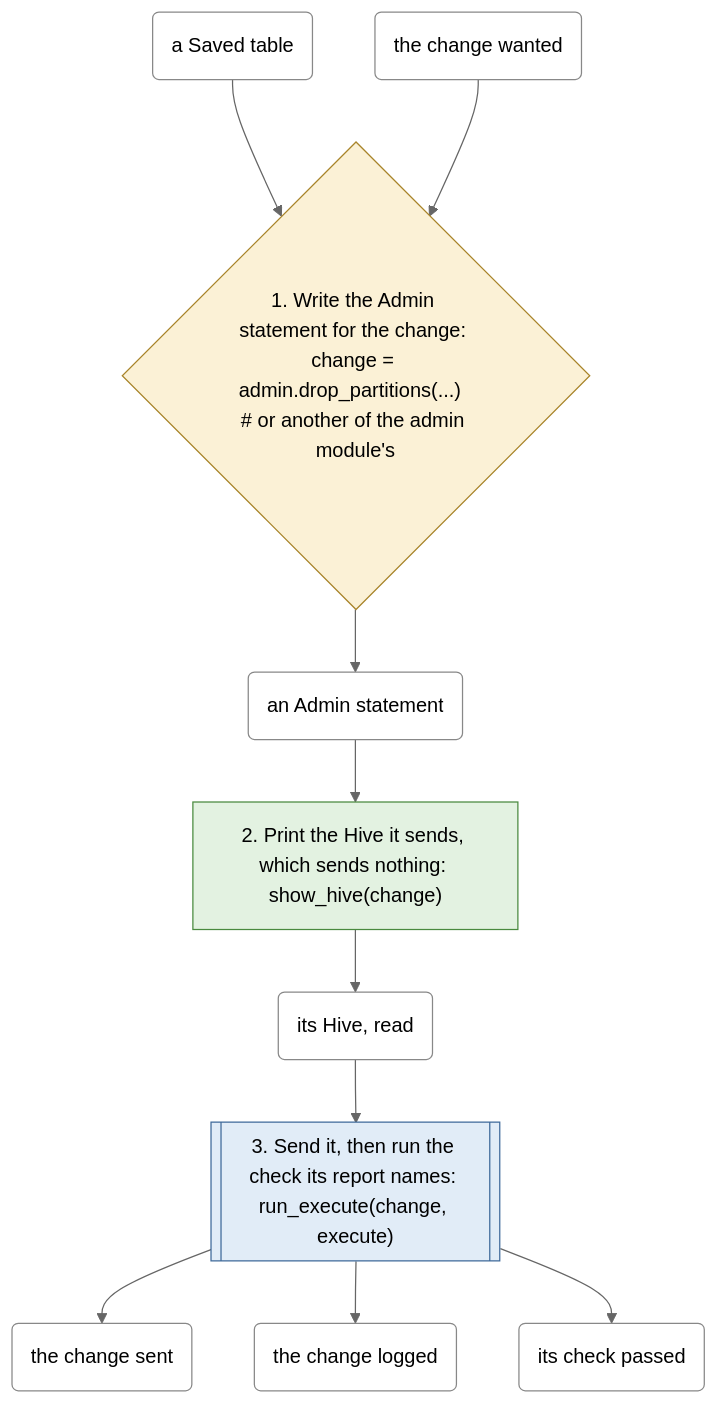
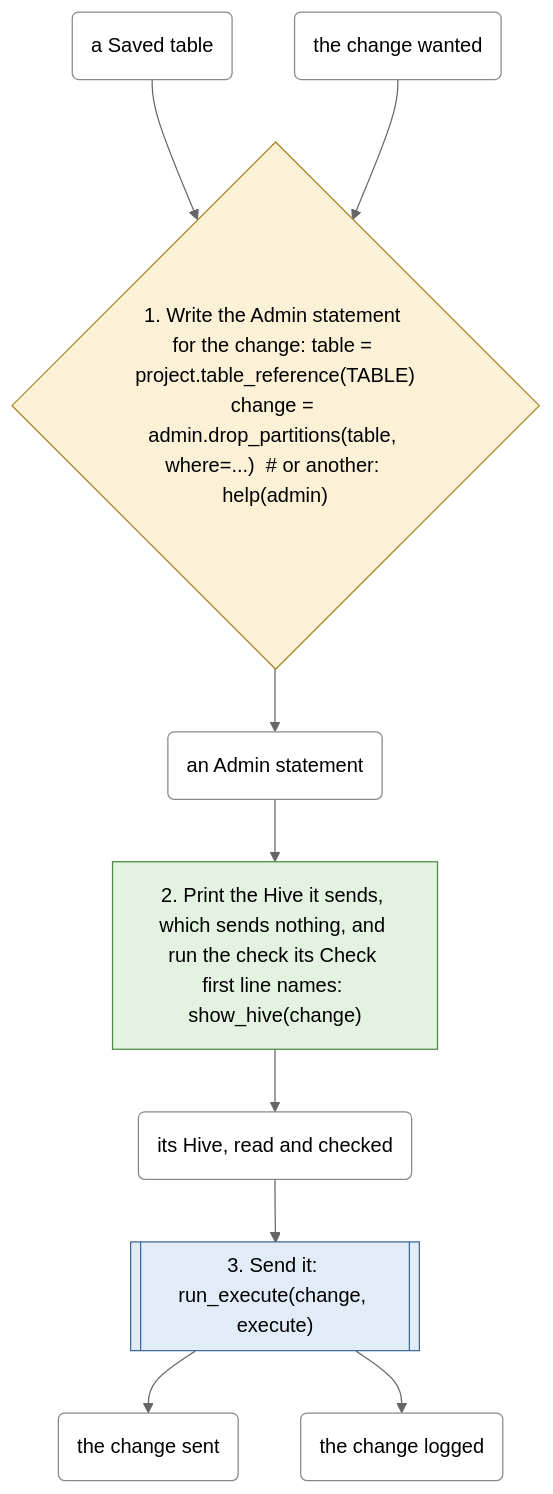
The sixth of 6 diagrams in docs/workflows.md (EdgyPage/SQL-Composer), drawn with Mermaid (neutral theme) before and after one commit. The commit also changed other lines of this file and 16 other files, not shown here.

````diff
--- a/docs/workflows.md
+++ b/docs/workflows.md
@@ -284,37 +284,35 @@
 ```mermaid
 flowchart TD
-    s0{"1. Write the Admin statement for the change: change = admin.drop_partitions(...)  #35; or another of the admin module's"}
+    s0{"1. Write the Admin statement for the change: table = project.table_reference(TABLE)
+change = admin.drop_partitions(table, where=...)  #35; or another: help(admin)"}
     class s0 decision
     t0 --> s0
     t1 --> s0
     s0 --> t2
-    s1["2. Print the Hive it sends, which sends nothing: show_hive(change)"]
+    s1["2. Print the Hive it sends, which sends nothing, and run the check its Check first line names: show_hive(change)"]
     class s1 file
     t2 --> s1
     s1 --> t3
-    s2[["3. Send it, then run the check its report names: run_execute(change, execute)"]]
+    s2[["3. Send it: run_execute(change, execute)"]]
     class s2 permission
     t3 --> s2
     s2 --> t4
     s2 --> t5
-    s2 --> t6
     t0("a Saved table")
     class t0 thing
     t1("the change wanted")
     class t1 thing
     t2("an Admin statement")
     class t2 thing
-    t3("its Hive, read")
+    t3("its Hive, read and checked")
     class t3 thing
     t4("the change sent")
     class t4 thing
     t5("the change logged")
     class t5 thing
-    t6("its check passed")
-    class t6 thing
     classDef file fill:#e3f2e1,stroke:#4a8a3f
     classDef permission fill:#e1ecf7,stroke:#3f6a9a
     classDef decision fill:#fbf1d6,stroke:#a8842a
     classDef fiddling fill:#f8d7d5,stroke:#b03a30
     classDef thing fill:#ffffff,stroke:#888888
 ```
````
